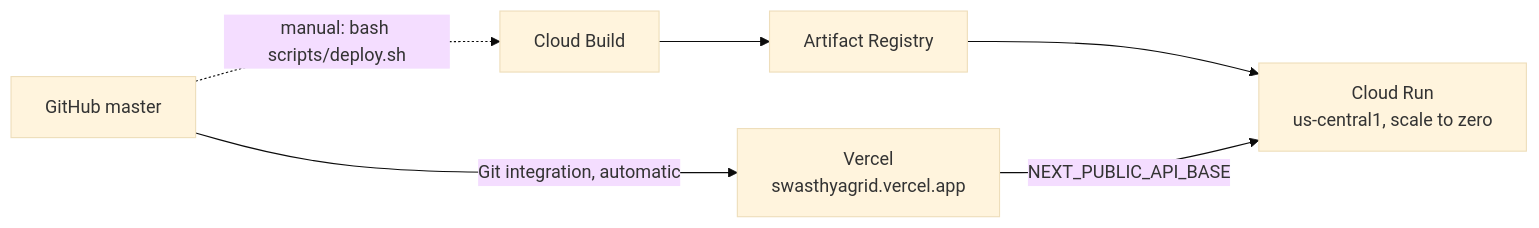
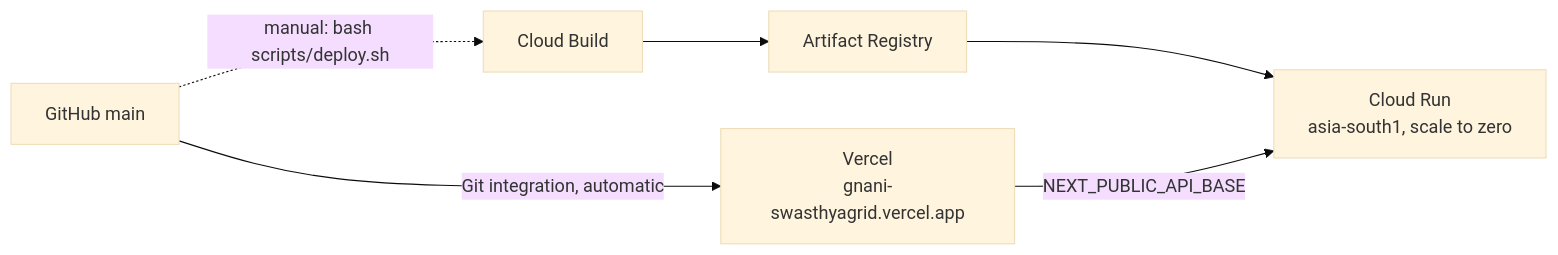
One commit to harshkawatra11/gnani-swasthyagrid changed the sixth of 6 diagrams in README.md. Above: the diagram before and after it, drawn with Mermaid (base theme). The commit also changed other lines of this file and 3 other files, not shown here.

````diff
--- a/README.md
+++ b/README.md
@@ -378,8 +567,8 @@
 ```mermaid
 flowchart LR
-  GH[GitHub master] -->|Git integration, automatic| V[Vercel<br/>swasthyagrid.vercel.app]
+  GH[GitHub main] -->|Git integration, automatic| V[Vercel<br/>gnani-swasthyagrid.vercel.app]
   GH -.->|manual: bash scripts/deploy.sh| CB[Cloud Build]
   CB --> AR[Artifact Registry]
-  AR --> CR[Cloud Run<br/>us-central1, scale to zero]
+  AR --> CR[Cloud Run<br/>asia-south1, scale to zero]
   V -->|NEXT_PUBLIC_API_BASE| CR
 ```
````
